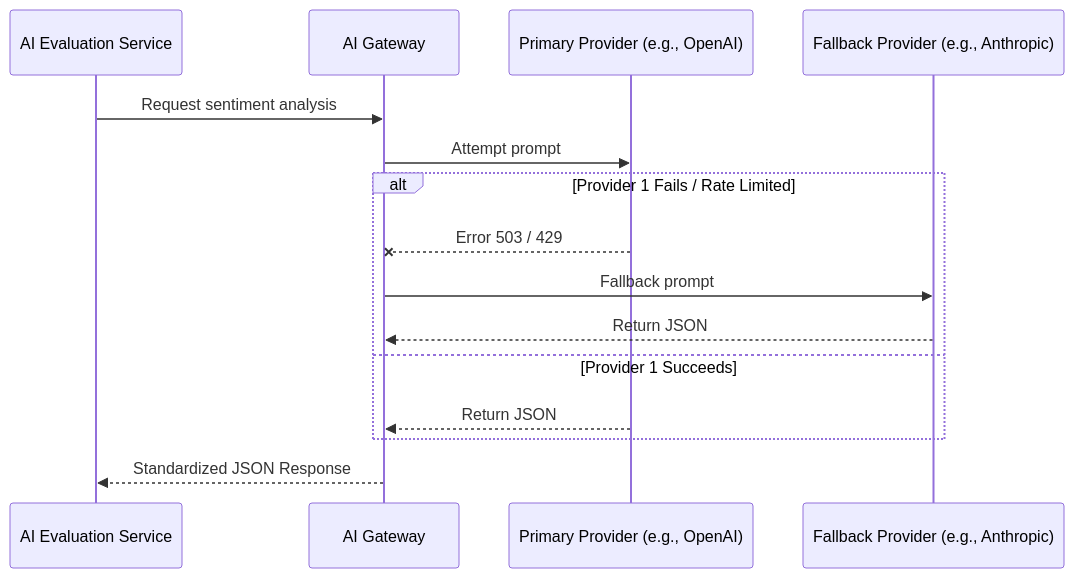
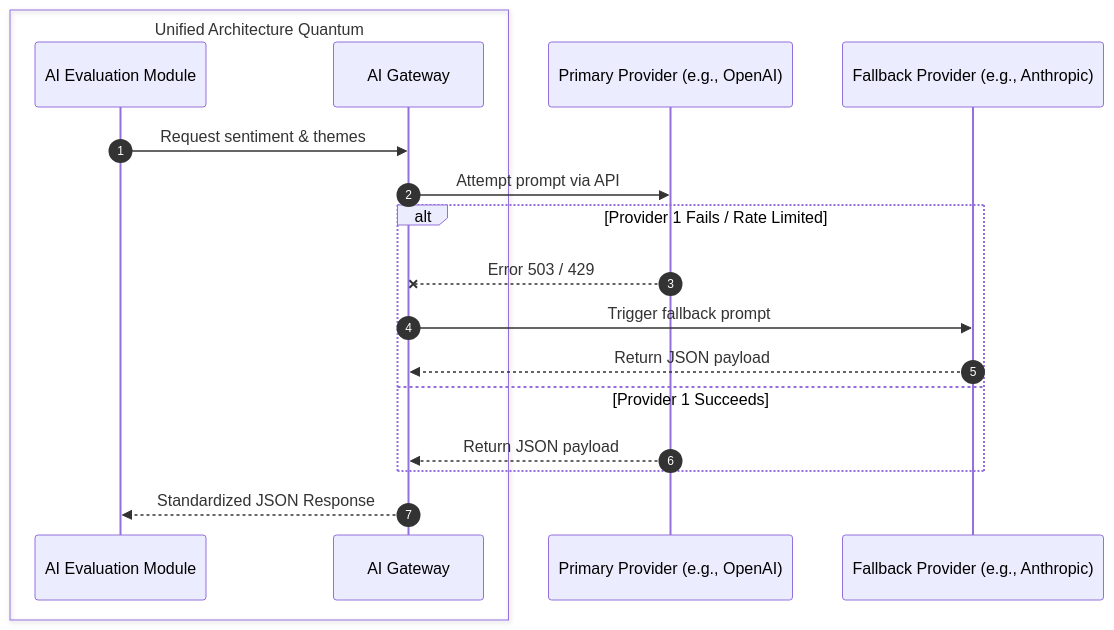
The second of 2 diagrams in ADR/adr-006-ai-feedback-evaluation-and-reporting.md (santhosh-challa/ground-truth), drawn with Mermaid before and after one commit. The commit also changed other lines of this file and 2 other files, not shown here.

Commit message:
Refactored feedback pipeline to single unified quantum

````diff
--- a/ADR/adr-006-ai-feedback-evaluation-and-reporting.md
+++ b/ADR/adr-006-ai-feedback-evaluation-and-reporting.md
@@ -84,18 +92,21 @@
 ```mermaid
 sequenceDiagram
-    participant Eval as AI Evaluation Service
-    participant GW as AI Gateway
+    autonumber
+    box Unified Architecture Quantum
+        participant Eval as AI Evaluation Module
+        participant GW as AI Gateway
+    end
     participant LLM1 as Primary Provider (e.g., OpenAI)
     participant LLM2 as Fallback Provider (e.g., Anthropic)
 
-    Eval->>GW: Request sentiment analysis
-    GW->>LLM1: Attempt prompt
+    Eval->>GW: Request sentiment & themes
+    GW->>LLM1: Attempt prompt via API
     alt Provider 1 Fails / Rate Limited
         LLM1--xGW: Error 503 / 429
-        GW->>LLM2: Fallback prompt
-        LLM2-->>GW: Return JSON
+        GW->>LLM2: Trigger fallback prompt
+        LLM2-->>GW: Return JSON payload
     else Provider 1 Succeeds
-        LLM1-->>GW: Return JSON
+        LLM1-->>GW: Return JSON payload
     end
     GW-->>Eval: Standardized JSON Response
 ```
````
